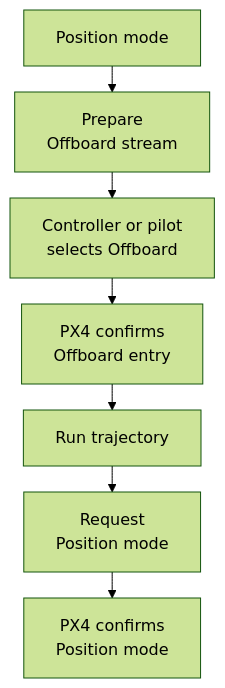
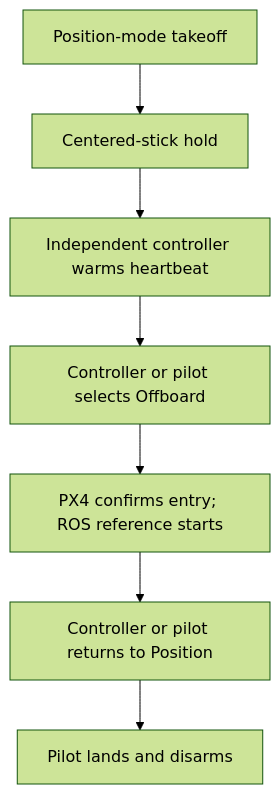
Before and after one commit to ANCL/px4-dev-toolkit: the diagram in docs/controllers/offboard-staging.md, drawn with Mermaid (forest theme). The commit also changed other lines of this file and 42 other files, not shown here.

````diff
--- a/docs/controllers/offboard-staging.md
+++ b/docs/controllers/offboard-staging.md
@@ -38,18 +28,9 @@
 ```mermaid
----
-config:
-  flowchart:
-    useMaxWidth: true
-    wrappingWidth: 160
-    padding: 16
-    rankSpacing: 26
-    nodeSpacing: 24
----
 flowchart TB
-    P["Position mode"] --> S["Prepare<br/>Offboard stream"]
-    S --> Q["Controller or pilot<br/>selects Offboard"]
-    Q --> C["PX4 confirms<br/>Offboard entry"]
-    C --> T["Run trajectory"]
-    T --> R["Request<br/>Position mode"]
-    R --> F["PX4 confirms<br/>Position mode"]
+    P["Position-mode takeoff"] --> H["Centered-stick hold"]
+    H --> W["Independent controller warms heartbeat"]
+    W --> E["Controller or pilot selects Offboard"]
+    E --> C["PX4 confirms entry; ROS reference starts"]
+    C --> R["Controller or pilot returns to Position"]
+    R --> L["Pilot lands and disarms"]
 ```
````
